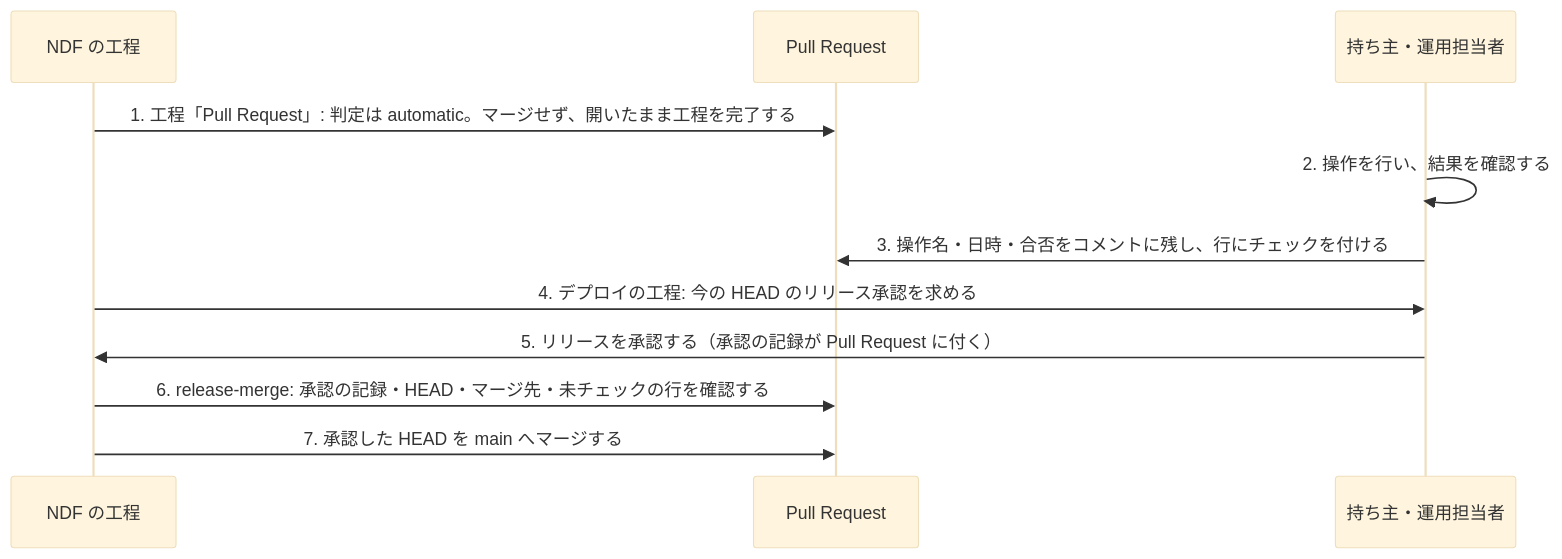
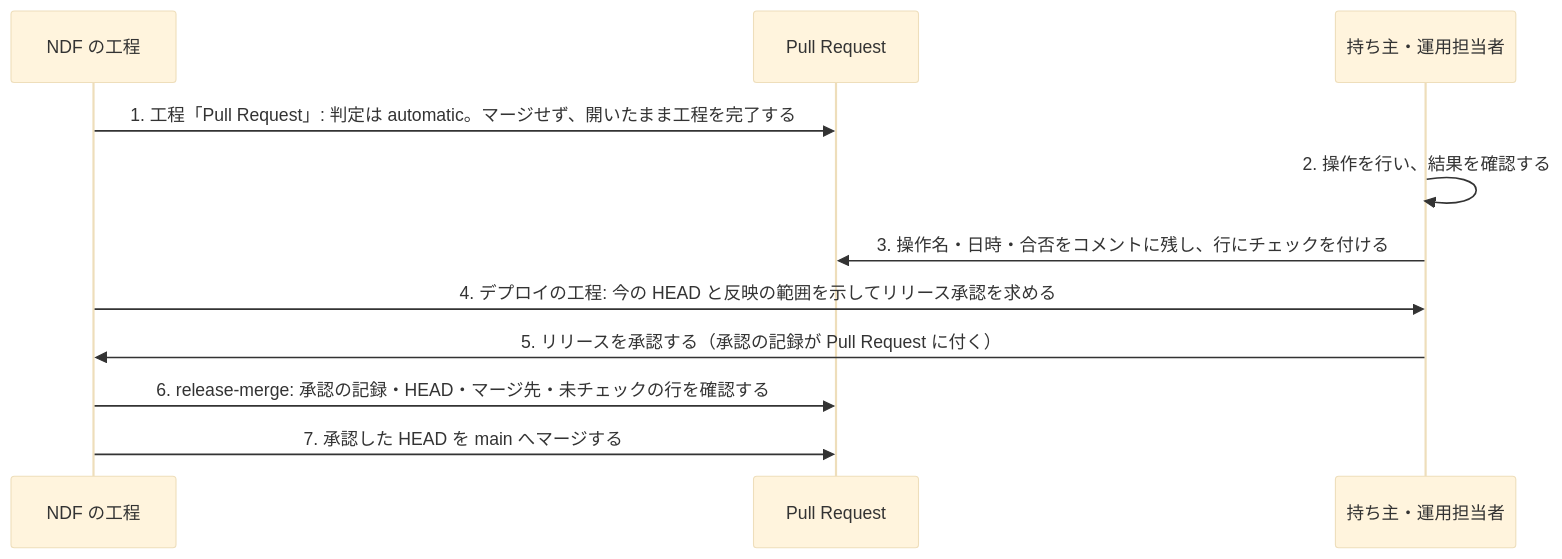
Before and after one commit to devbasex/nd-factory: the third of 3 diagrams in issues/issue-166-design.md, drawn with Mermaid (base theme). The commit also changed other lines of this file and 2 other files, not shown here.

````diff
--- a/issues/issue-166-design.md
+++ b/issues/issue-166-design.md
@@ -58,13 +61,13 @@
 ```mermaid
 sequenceDiagram
     participant N as NDF の工程
     participant PR as Pull Request
     participant H as 持ち主・運用担当者
     N->>PR: 1. 工程「Pull Request」: 判定は automatic。マージせず、開いたまま工程を完了する
     H->>H: 2. 操作を行い、結果を確認する
     H->>PR: 3. 操作名・日時・合否をコメントに残し、行にチェックを付ける
-    N->>H: 4. デプロイの工程: 今の HEAD のリリース承認を求める
+    N->>H: 4. デプロイの工程: 今の HEAD と反映の範囲を示してリリース承認を求める
     H->>N: 5. リリースを承認する（承認の記録が Pull Request に付く）
     N->>PR: 6. release-merge: 承認の記録・HEAD・マージ先・未チェックの行を確認する
     N->>PR: 7. 承認した HEAD を main へマージする
 ```
````
